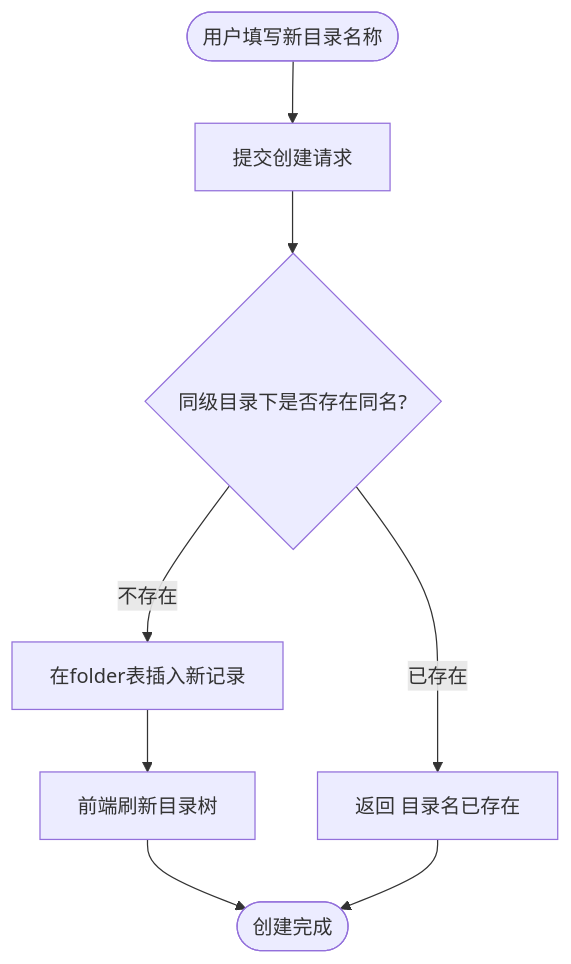
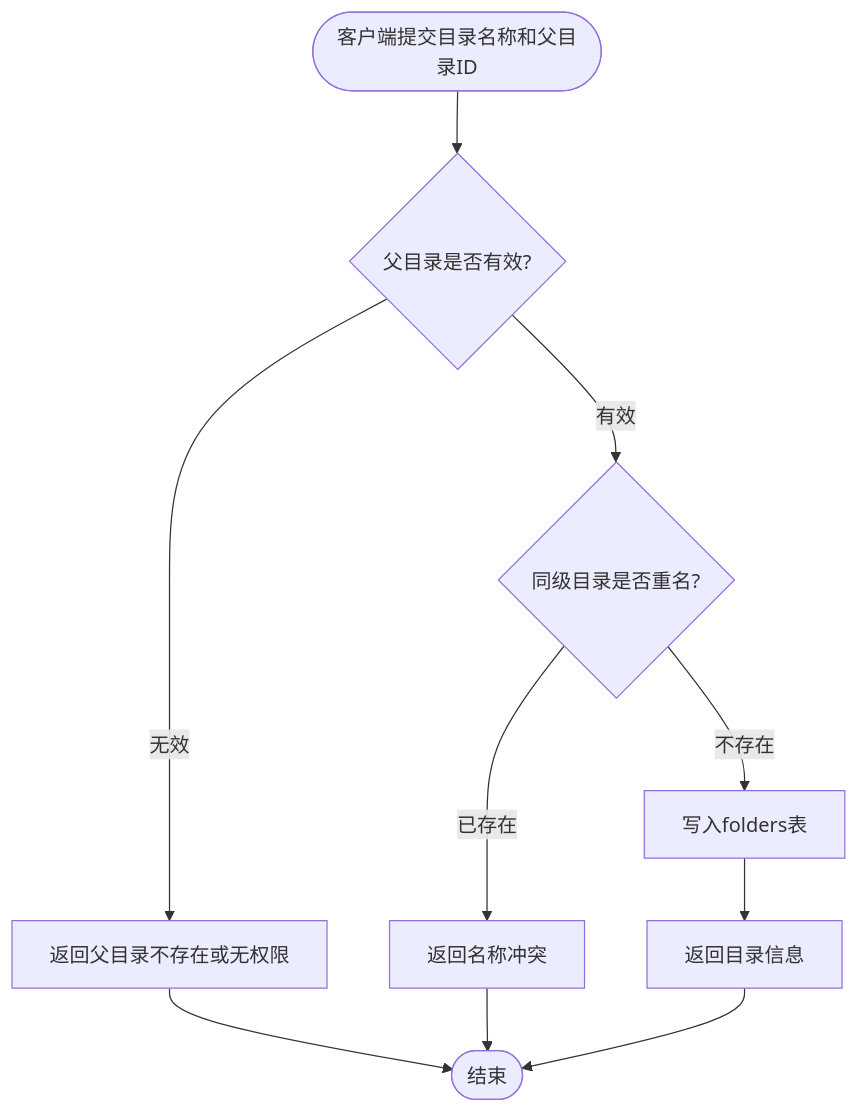
The ninth of 11 diagrams in docs/lunwen/基于Drogon的网络磁盘系统的设计与实现_毕业论文.md (yizhinailong/disk), drawn with Mermaid before and after one commit. The commit also changed other lines of this file, not shown here.

````diff
--- a/docs/lunwen/基于Drogon的网络磁盘系统的设计与实现_毕业论文.md
+++ b/docs/lunwen/基于Drogon的网络磁盘系统的设计与实现_毕业论文.md
@@ -656,10 +850,12 @@
 ```mermaid
 flowchart TD
-    Start([用户填写新目录名称]) --> Submit[提交创建请求]
-    Submit --> CheckName{同级目录下是否存在同名?}
-    CheckName -->|已存在| Fail[返回 目录名已存在]
-    CheckName -->|不存在| Insert[在folder表插入新记录]
-    Insert --> RefreshTree[前端刷新目录树]
-    RefreshTree --> End([创建完成])
-    Fail --> End
+    Start([客户端提交目录名称和父目录ID]) --> CheckParent{父目录是否有效?}
+    CheckParent -->|无效| FailParent[返回父目录不存在或无权限]
+    CheckParent -->|有效| CheckName{同级目录是否重名?}
+    CheckName -->|已存在| FailName[返回名称冲突]
+    CheckName -->|不存在| Insert[写入folders表]
+    Insert --> Success[返回目录信息]
+    FailParent --> End([结束])
+    FailName --> End
+    Success --> End
 ```
````
